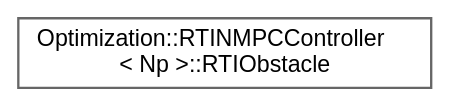
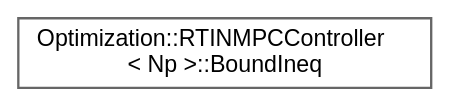
Before and after one commit to jswoo0615/Algorithms_for_Optimization_cpp: the diagram in inherit_graph_57.dot, drawn with Graphviz. The commit also changed 134 other files, not shown here.

```diff
--- a/inherit_graph_57.dot
+++ b/inherit_graph_57.dot
@@ -1,9 +1,9 @@
 digraph "Graphical Class Hierarchy"
 {
  // LATEX_PDF_SIZE
   bgcolor="transparent";
   edge [fontname=Helvetica,fontsize=10,labelfontname=Helvetica,labelfontsize=10];
   node [fontname=Helvetica,fontsize=10,shape=box,height=0.2,width=0.4];
   rankdir="LR";
-  Node0 [id="Node000000",label="Optimization::RTINMPCController\l\< Np \>::RTIObstacle",height=0.2,width=0.4,color="grey40", fillcolor="white", style="filled",URL="$structOptimization_1_1RTINMPCController_1_1RTIObstacle.html",tooltip=" "];
+  Node0 [id="Node000000",label="Optimization::RTINMPCController\l\< Np \>::BoundIneq",height=0.2,width=0.4,color="grey40", fillcolor="white", style="filled",URL="$structOptimization_1_1RTINMPCController_1_1BoundIneq.html",tooltip=" "];
 }
```
